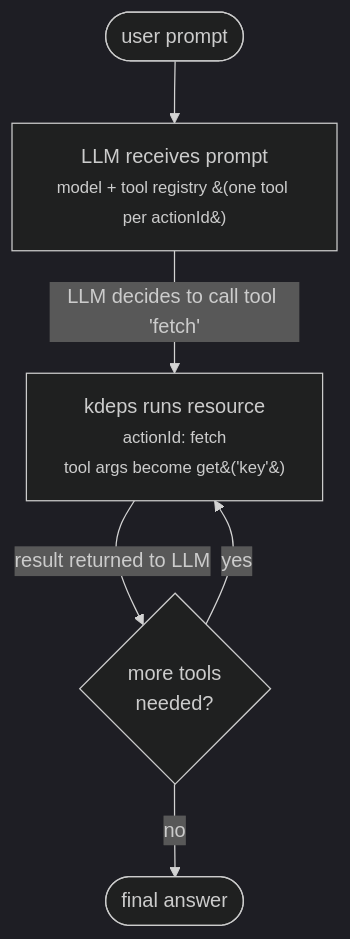
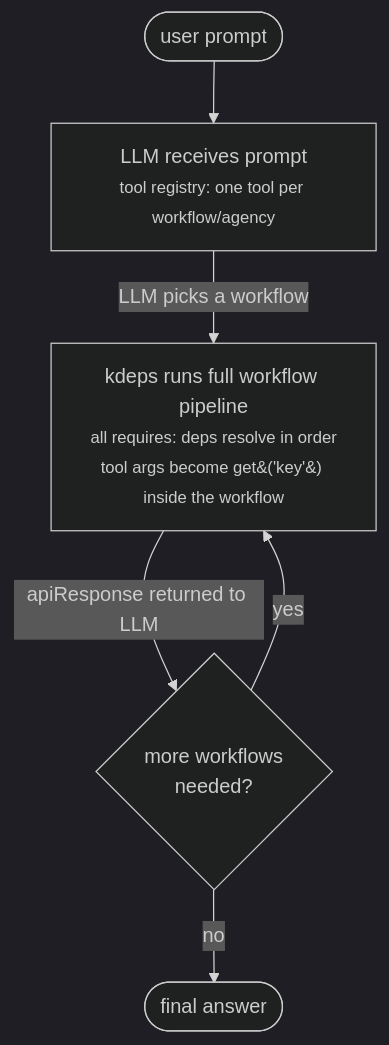
One commit to kdeps/kdeps changed the diagram in docs/v2/modes/agent-mode.md. Above: the diagram before and after it, drawn with Mermaid (dark theme). The commit also changed other lines of this file and 15 other files, not shown here.

First line of the commit message:
docs: update agent mode -- whole workflows as tools, folder-based discovery

````diff
--- a/docs/v2/modes/agent-mode.md
+++ b/docs/v2/modes/agent-mode.md
@@ -13,9 +19,9 @@
 ```mermaid
 flowchart TD
     A([user prompt]) --> B
-    B["LLM receives prompt<br/><small>model + tool registry &#40;one tool per actionId&#41;</small>"] -->|LLM decides to call tool 'fetch'| C
-    C["kdeps runs resource<br/><small>actionId: fetch<br/>tool args become get&#40;'key'&#41;</small>"] -->|result returned to LLM| D
-    D{"more tools<br/>needed?"} -->|yes| C
+    B["LLM receives prompt<br/><small>tool registry: one tool per workflow/agency</small>"] -->|LLM picks a workflow| C
+    C["kdeps runs full workflow pipeline<br/><small>all requires: deps resolve in order<br/>tool args become get&#40;'key'&#41; inside the workflow</small>"] -->|apiResponse returned to LLM| D
+    D{"more workflows<br/>needed?"} -->|yes| C
     D -->|no| E
     E([final answer])
 ```
````
